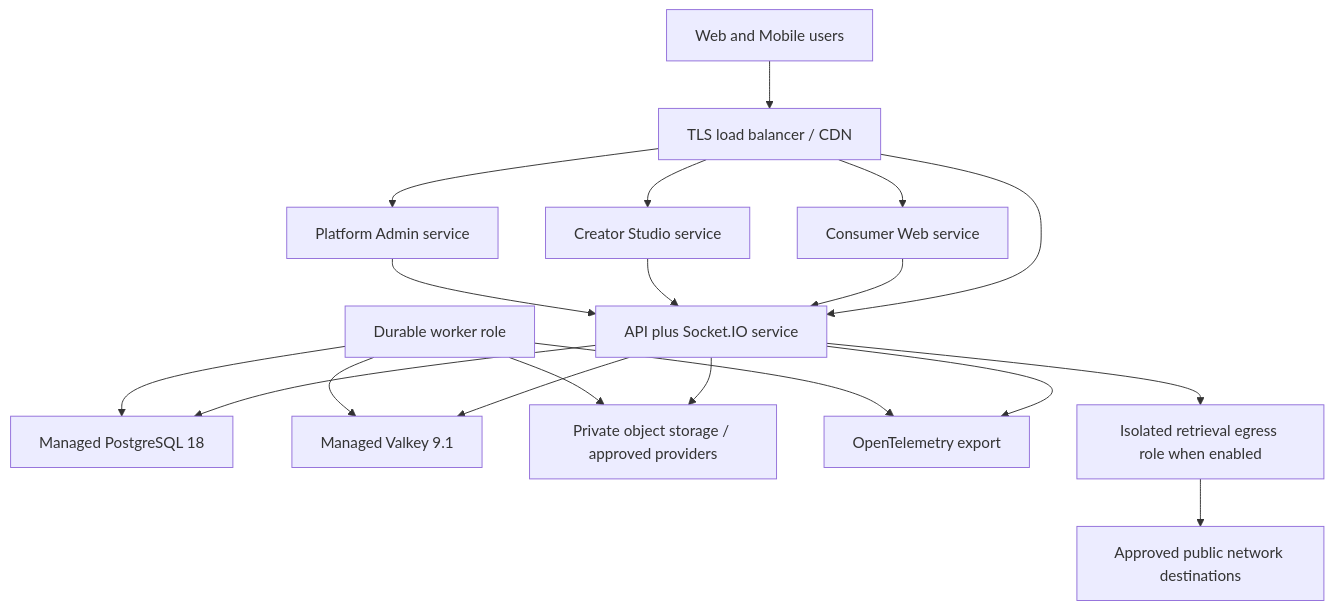
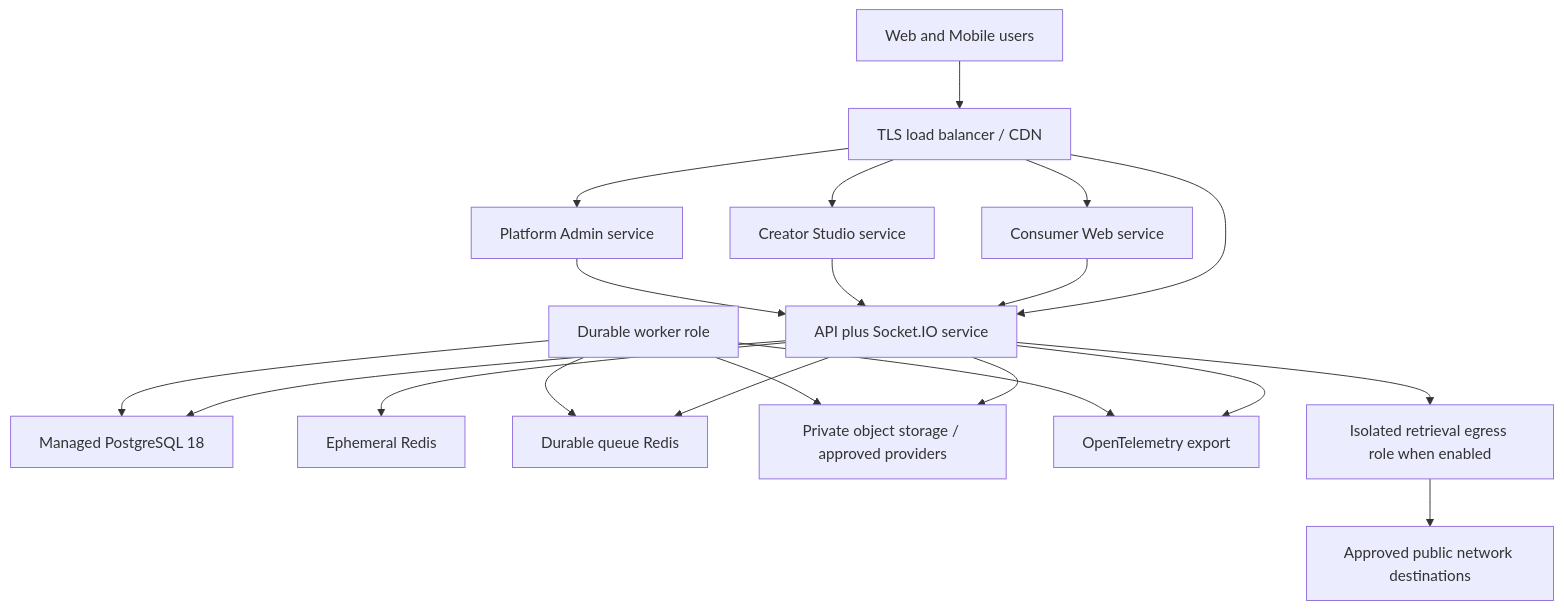
The diagram in docs/architecture/09-technical-stack.md (choudhary-lokeshh/VELORA), drawn with Mermaid before and after one commit. The commit also changed other lines of this file and 176 other files, not shown here.

````diff
--- a/docs/architecture/09-technical-stack.md
+++ b/docs/architecture/09-technical-stack.md
@@ -114,21 +122,22 @@
 ```mermaid
 flowchart TB
   U["Web and Mobile users"] --> E["TLS load balancer / CDN"]
   E --> W["Consumer Web service"]
   E --> C["Creator Studio service"]
   E --> A["Platform Admin service"]
   E --> API["API plus Socket.IO service"]
   W --> API
   C --> API
   A --> API
   API --> PG["Managed PostgreSQL 18"]
-  API --> V["Managed Valkey 9.1"]
+  API --> RE["Ephemeral Redis"]
+  API --> RQ["Durable queue Redis"]
   WK["Durable worker role"] --> PG
-  WK --> V
+  WK --> RQ
   API --> OS["Private object storage / approved providers"]
   WK --> OS
   API --> OT["OpenTelemetry export"]
   WK --> OT
   EG["Isolated retrieval egress role when enabled"] --> NET["Approved public network destinations"]
   API --> EG
 ```
````
